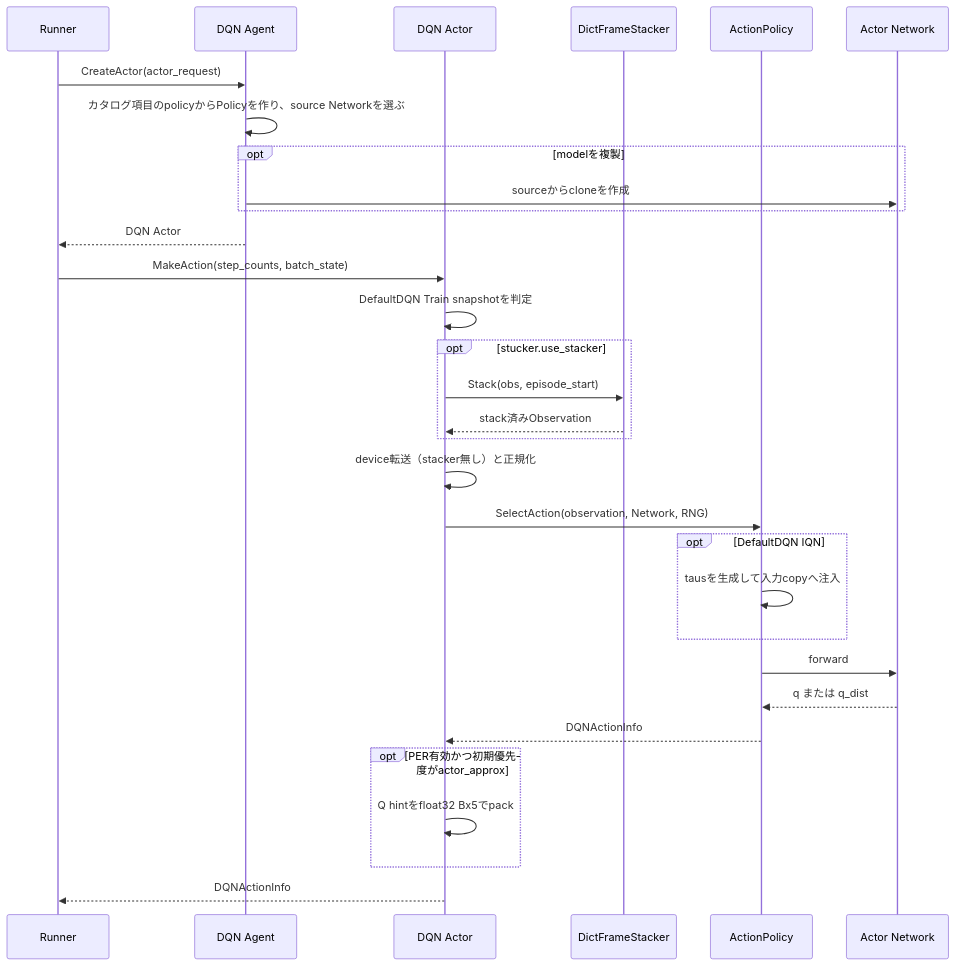
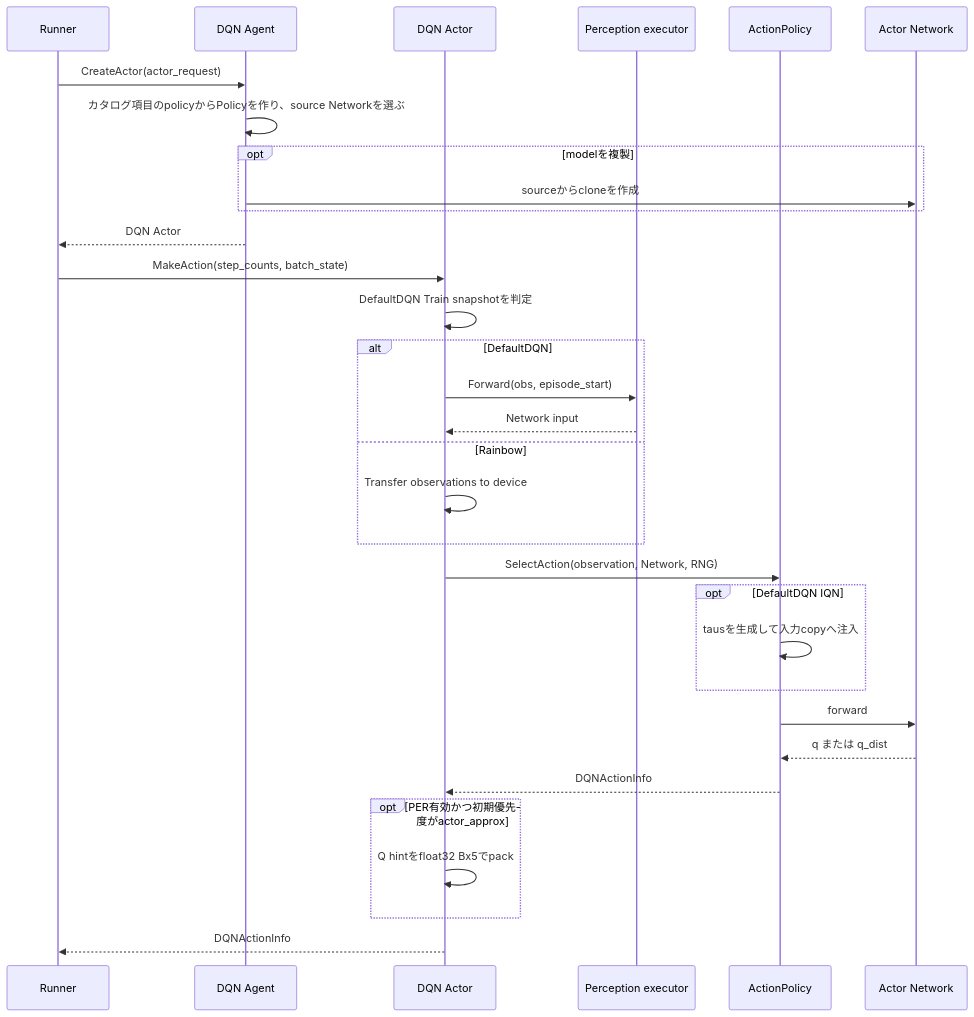
The ninth of 11 diagrams in docs/design/200_dqn_agents.en.md (kazukin123/anet-lab), drawn with Mermaid before and after one commit. The commit also changed other lines of this file and 124 other files, not shown here.

````diff
--- a/docs/design/200_dqn_agents.en.md
+++ b/docs/design/200_dqn_agents.en.md
@@ -383,34 +383,35 @@
 ```mermaid
 sequenceDiagram
     participant R as Runner
     participant G as DQN Agent
     participant A as DQN Actor
-    participant S as DictFrameStacker
+    participant S as Perception executor
     participant P as ActionPolicy
     participant N as Actor Network
 
     R->>G: CreateActor(actor_request)
     G->>G: カタログ項目のpolicyからPolicyを作り、source Networkを選ぶ
     opt modelを複製
         G->>N: sourceからcloneを作成
     end
     G-->>R: DQN Actor
     R->>A: MakeAction(step_counts, batch_state)
     A->>A: DefaultDQN Train snapshotを判定
-    opt stucker.use_stacker
-        A->>S: Stack(obs, episode_start)
-        S-->>A: stack済みObservation
+    alt DefaultDQN
+        A->>S: Forward(obs, episode_start)
+        S-->>A: Network input
+    else Rainbow
+        A->>A: Transfer observations to device
     end
-    A->>A: device転送（stacker無し）と正規化
     A->>P: SelectAction(observation, Network, RNG)
     opt DefaultDQN IQN
         P->>P: tausを生成して入力copyへ注入
     end
     P->>N: forward
     N-->>P: q または q_dist
     P-->>A: DQNActionInfo
     opt PER有効かつ初期優先度がactor_approx
         A->>A: Q hintをfloat32 Bx5でpack
     end
     A-->>R: DQNActionInfo
 ```
````
